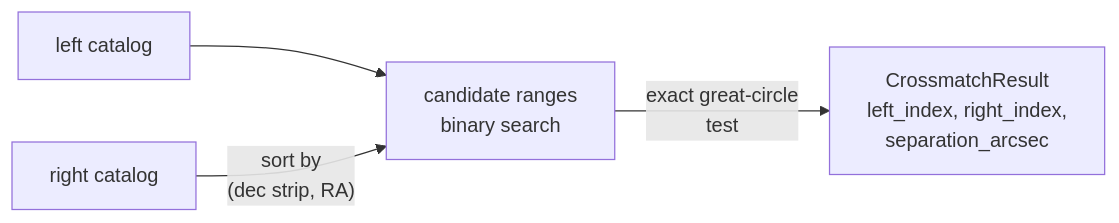
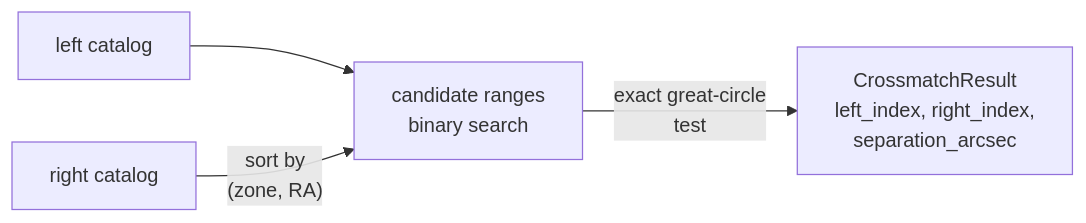
One commit to astroai/torchsky changed the diagram in docs/catalogs/index.md. Above: the diagram before and after it, drawn with Mermaid. The commit also changed other lines of this file and 23 other files, not shown here.

````diff
--- a/docs/catalogs/index.md
+++ b/docs/catalogs/index.md
@@ -21,6 +21,6 @@
 ```mermaid
 flowchart LR
     L["left catalog"] --> C["candidate ranges<br/>binary search"]
-    R["right catalog"] -->|"sort by<br/>(dec strip, RA)"| C
+    R["right catalog"] -->|"sort by<br/>(zone, RA)"| C
     C -->|"exact great-circle<br/>test"| M["CrossmatchResult<br/>left_index, right_index,<br/>separation_arcsec"]
 ```
````
